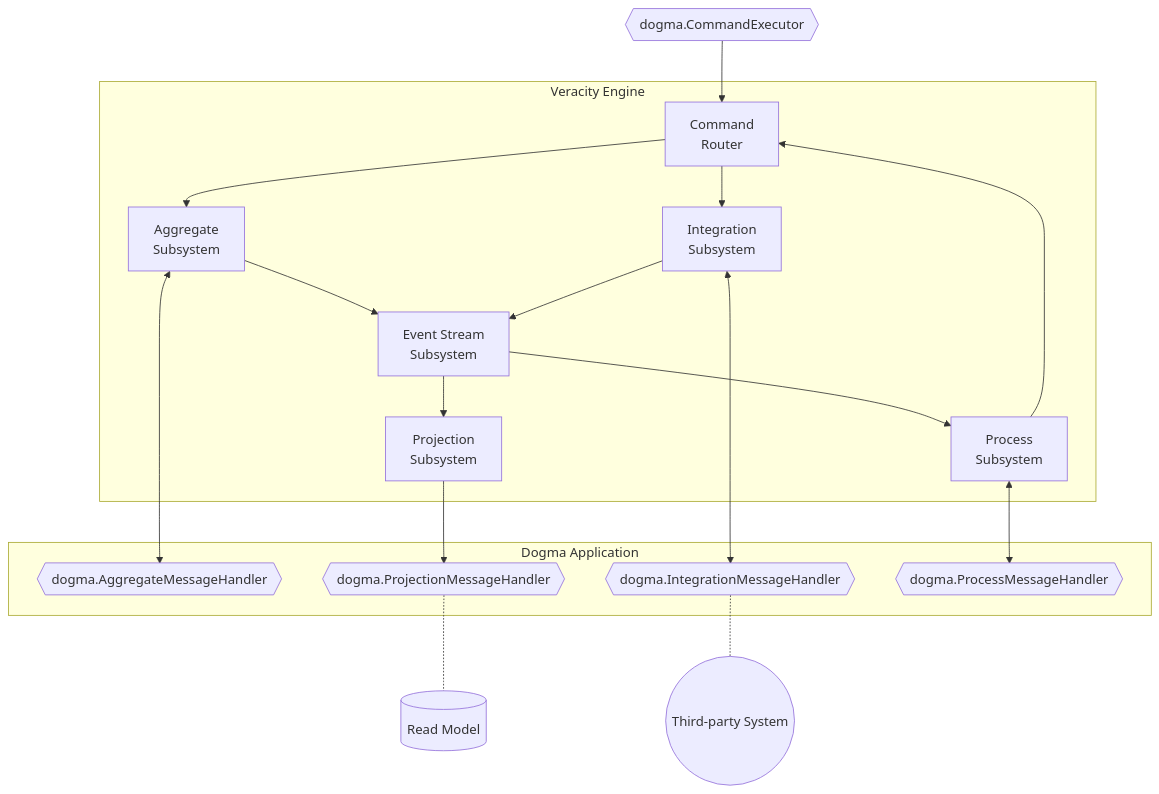
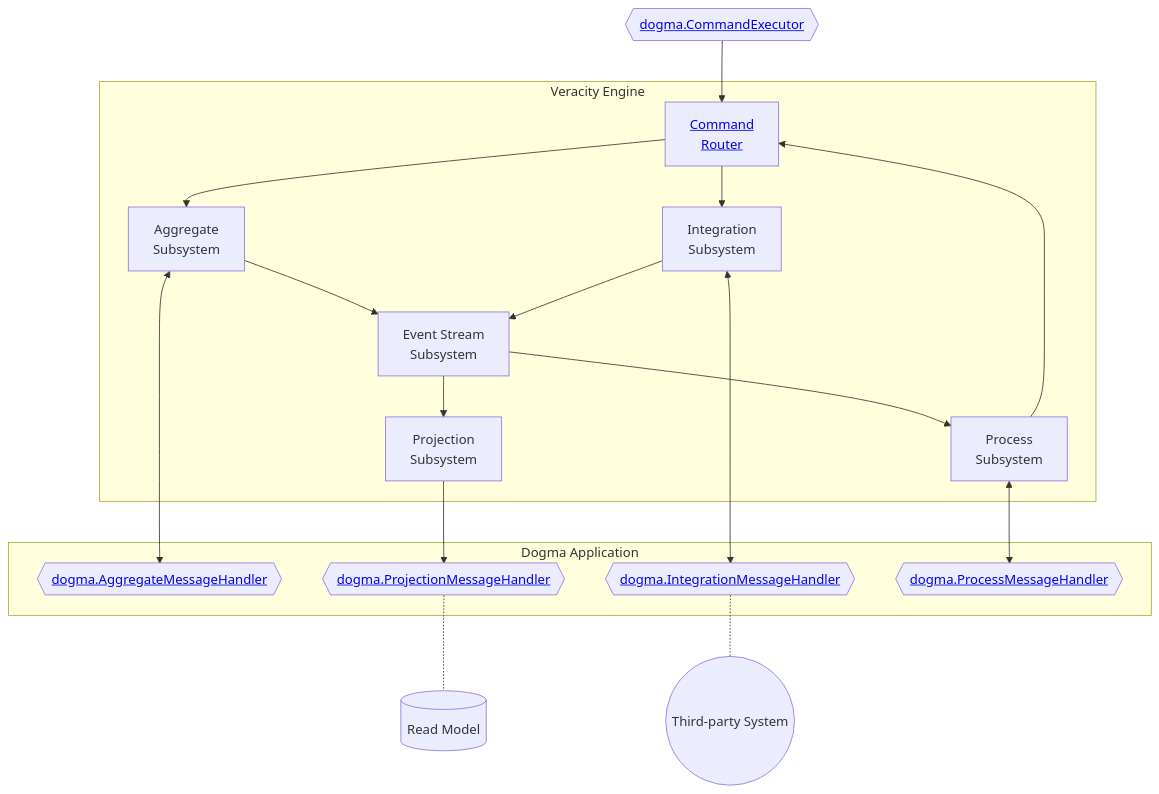
Before and after one commit to dogmatiq/veracity: the diagram in docs/architecture/overview.md, drawn with Mermaid.

Commit message:
Use anchor tags in node labels to allow links to work on GitHub.
See https://github.com/orgs/community/discussions/46096

````diff
--- a/docs/architecture/overview.md
+++ b/docs/architecture/overview.md
@@ -3,50 +3,42 @@
 ```mermaid
 flowchart TD
-    CommandExecutor{{"dogma.CommandExecutor"}}
+    CommandExecutor{{"<a href='https://pkg.go.dev/github.com/dogmatiq/dogma#CommandExecutor'>dogma.CommandExecutor</a>"}}
 
     subgraph App["Dogma Application"]
-        AggregateMessageHandler{{"dogma.AggregateMessageHandler"}}
-        ProjectionMessageHandler{{"dogma.ProjectionMessageHandler"}}
-        IntegrationMessageHandler{{"dogma.IntegrationMessageHandler"}}
-        ProcessMessageHandler{{"dogma.ProcessMessageHandler"}}
+        AggregateMessageHandler{{"<a href='https://pkg.go.dev/github.com/dogmatiq/dogma#AggregateMessageHandler'>dogma.AggregateMessageHandler</a>"}}
+        ProjectionMessageHandler{{"<a href='https://pkg.go.dev/github.com/dogmatiq/dogma#ProjectionMessageHandler'>dogma.ProjectionMessageHandler</a>"}}
+        IntegrationMessageHandler{{"<a href='https://pkg.go.dev/github.com/dogmatiq/dogma#IntegrationMessageHandler'>dogma.IntegrationMessageHandler</a>"}}
+        ProcessMessageHandler{{"<a href='https://pkg.go.dev/github.com/dogmatiq/dogma#ProcessMessageHandler'>dogma.ProcessMessageHandler</a>"}}
     end
 
     subgraph Engine["Veracity Engine"]
-        CommandRouter["Command\nRouter"]
+        CommandRouter["<a href='command-router.md'>Command\nRouter</a>"]
 
         AggregateSubsystem["Aggregate\nSubsystem"]
         IntegrationSubsystem["Integration\nSubsystem"]
         ProcessSubsystem["Process\nSubsystem"]
         ProjectionSubsystem["Projection\nSubsystem"]
 
         EventStreamSubsystem["Event Stream\nSubsystem"]
     end
 
     CommandExecutor --> CommandRouter
 
     CommandRouter --> AggregateSubsystem
     CommandRouter --> IntegrationSubsystem
 
     AggregateSubsystem <--> AggregateMessageHandler
     AggregateSubsystem --> EventStreamSubsystem
 
     IntegrationSubsystem <--> IntegrationMessageHandler
     IntegrationMessageHandler -.- ThirdParty(("Third-party System"))
     IntegrationSubsystem --> EventStreamSubsystem
 
     EventStreamSubsystem --> ProcessSubsystem
     ProcessSubsystem <--> ProcessMessageHandler
     ProcessSubsystem --> CommandRouter
 
     EventStreamSubsystem --> ProjectionSubsystem
     ProjectionSubsystem --> ProjectionMessageHandler
     ProjectionMessageHandler -.- ReadModel[("Read Model")]
-
-    click CommandExecutor "https://pkg.go.dev/github.com/dogmatiq/dogma#CommandExecutor" _parent
-    click AggregateMessageHandler "https://pkg.go.dev/github.com/dogmatiq/dogma#AggregateMessageHandler" _parent
-    click ProcessMessageHandler "https://pkg.go.dev/github.com/dogmatiq/dogma#ProcessMessageHandler" _parent
-    click IntegrationMessageHandler "https://pkg.go.dev/github.com/dogmatiq/dogma#IntegrationMessageHandler" _parent
-    click ProjectionMessageHandler "https://pkg.go.dev/github.com/dogmatiq/dogma#ProjectionMessageHandler" _parent
-
-    click CommandRouter "./command-router.md" _parent
 ```
````
